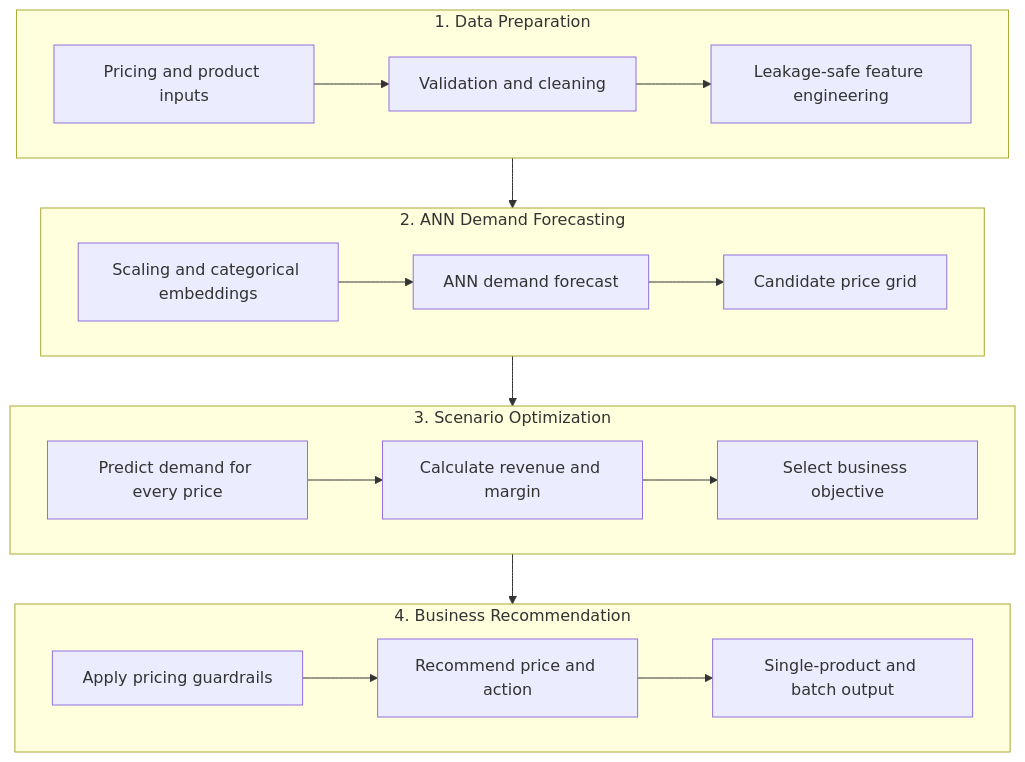
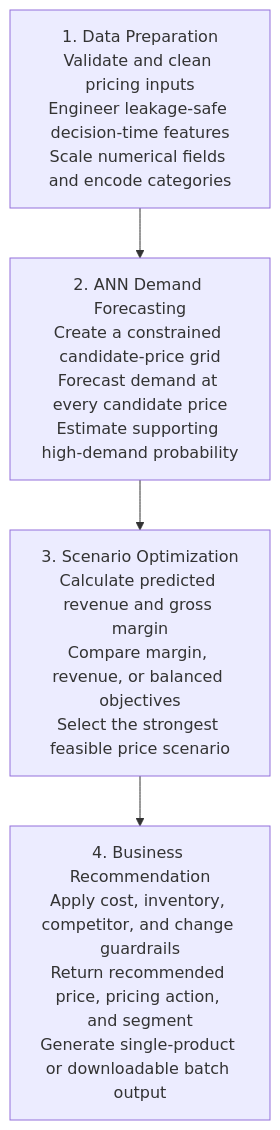
Before and after one commit to unit-mole/ann-deep-learning-projects: the diagram in 06-dynamic-pricing-optimization/README.md, drawn with Mermaid. The commit also changed other lines of this file, not shown here.

Commit message:
Improve dynamic pricing README and add live demo

````diff
--- a/06-dynamic-pricing-optimization/README.md
+++ b/06-dynamic-pricing-optimization/README.md
@@ -103,26 +101,9 @@
 ```mermaid
 flowchart TB
-    subgraph S1["1. Data Preparation"]
-        direction LR
-        A[Pricing and product inputs] --> B[Validation and cleaning] --> C[Leakage-safe feature engineering]
-    end
+    A["1. Data Preparation<br/>Validate and clean pricing inputs<br/>Engineer leakage-safe decision-time features<br/>Scale numerical fields and encode categories"]
+    B["2. ANN Demand Forecasting<br/>Create a constrained candidate-price grid<br/>Forecast demand at every candidate price<br/>Estimate supporting high-demand probability"]
+    C["3. Scenario Optimization<br/>Calculate predicted revenue and gross margin<br/>Compare margin, revenue, or balanced objectives<br/>Select the strongest feasible price scenario"]
+    D["4. Business Recommendation<br/>Apply cost, inventory, competitor, and change guardrails<br/>Return recommended price, pricing action, and segment<br/>Generate single-product or downloadable batch output"]
 
-    subgraph S2["2. ANN Demand Forecasting"]
-        direction LR
-        D[Scaling and categorical embeddings] --> E[ANN demand forecast] --> F[Candidate price grid]
-    end
-
-    subgraph S3["3. Scenario Optimization"]
-        direction LR
-        G[Predict demand for every price] --> H[Calculate revenue and margin] --> I[Select business objective]
-    end
-
-    subgraph S4["4. Business Recommendation"]
-        direction LR
-        J[Apply pricing guardrails] --> K[Recommend price and action] --> L[Single-product and batch output]
-    end
-
-    C --> D
-    F --> G
-    I --> J
+    A --> B --> C --> D
 ```
````
